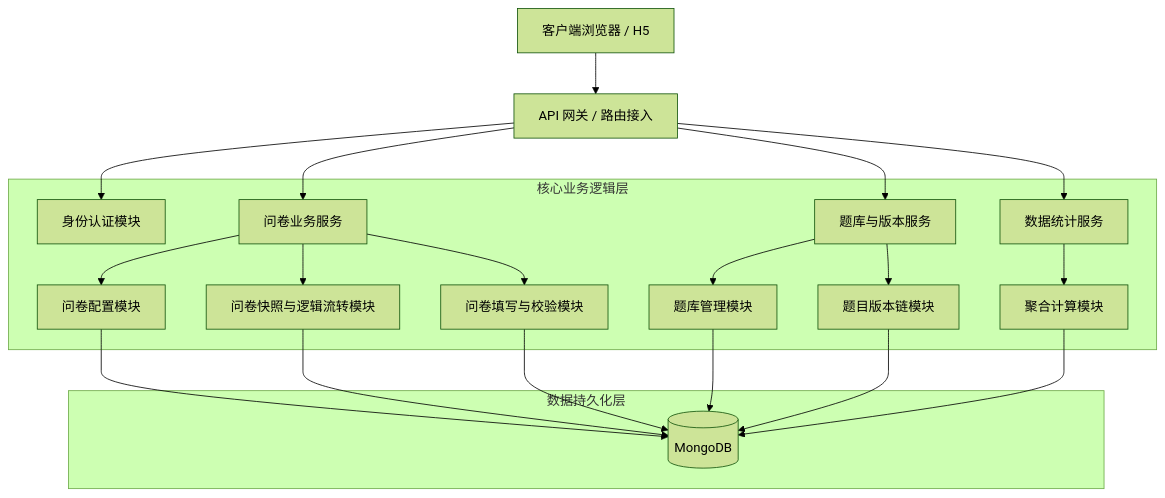
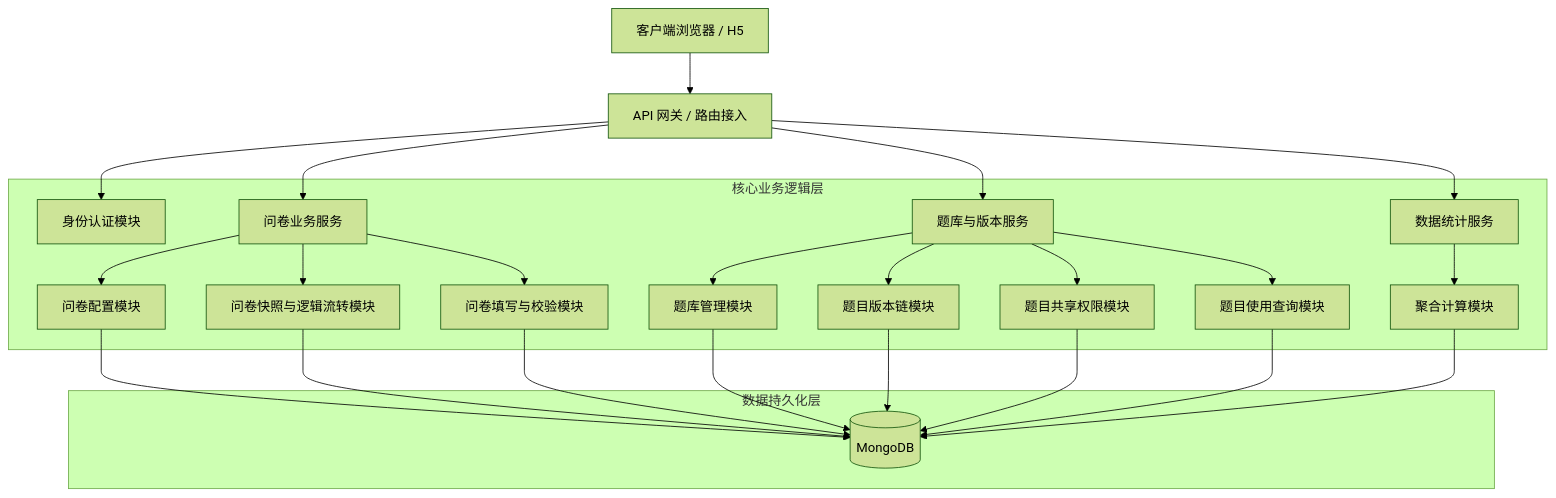
Before and after one commit to 4bqwq/fastapi-mongo-survey: the first of 6 diagrams in doc/02-architecture.md, drawn with Mermaid (forest theme). The commit also changed other lines of this file and 10 other files, not shown here.

Commit message:
feat(questions): add question sharing with users and usage query functionality across surveys

````diff
--- a/doc/02-architecture.md
+++ b/doc/02-architecture.md
@@ -15,28 +15,32 @@
 ```mermaid
 flowchart TD
     Client[客户端浏览器 / H5] --> Gateway[API 网关 / 路由接入]
     
     Gateway --> AuthCenter[身份认证模块]
     Gateway --> SurveyBiz[问卷业务服务]
     Gateway --> QuestionBiz[题库与版本服务]
     Gateway --> StatBiz[数据统计服务]
 
     subgraph 核心业务逻辑层
         AuthCenter
         SurveyBiz --> Config[问卷配置模块]
         SurveyBiz --> Editor[问卷快照与逻辑流转模块]
         QuestionBiz --> Bank[题库管理模块]
         QuestionBiz --> Versioning[题目版本链模块]
+        QuestionBiz --> Sharing[题目共享权限模块]
+        QuestionBiz --> Usage[题目使用查询模块]
         SurveyBiz --> Fill[问卷填写与校验模块]
         StatBiz --> Agg[聚合计算模块]
     end
 
     subgraph 数据持久化层
         Config --> Mongo[(MongoDB)]
         Editor --> Mongo
         Bank --> Mongo
         Versioning --> Mongo
+        Sharing --> Mongo
+        Usage --> Mongo
         Fill --> Mongo
         Agg --> Mongo
     end
 ```
````
